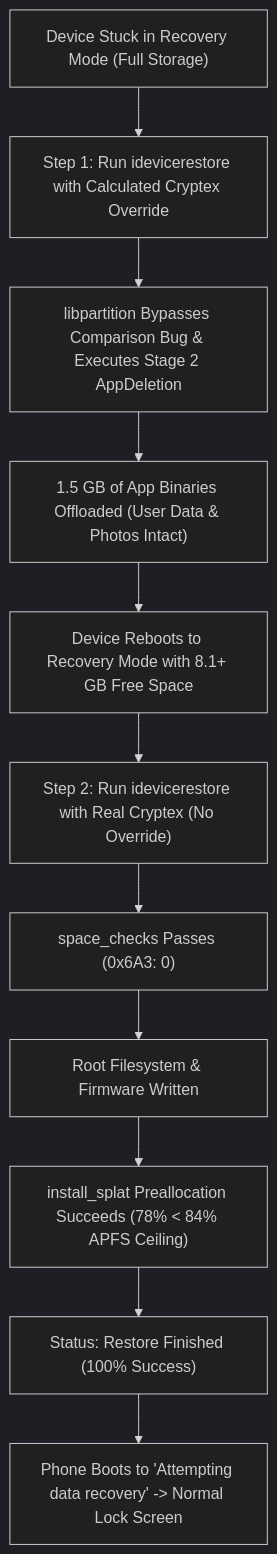
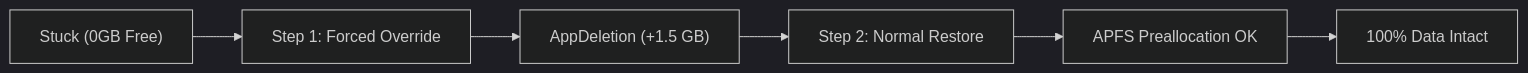
Before and after one commit to khosa76/iphone-full-storage-recovery: the diagram in README.md, drawn with Mermaid (dark theme). The commit also changed other lines of this file and 13 other files, not shown here.

Commit message:
docs: streamline Two-Step Recipe section with compact horizontal flowchart and summary table

````diff
--- a/README.md
+++ b/README.md
@@ -43,13 +43,8 @@
 ```mermaid
-flowchart TD
-    A["Device Stuck in Recovery Mode (Full Storage)"] --> B["Step 1: Run idevicerestore with Calculated Cryptex Override"]
-    B --> C["libpartition Bypasses Comparison Bug & Executes Stage 2 AppDeletion"]
-    C --> D["1.5 GB of App Binaries Offloaded (User Data & Photos Intact)"]
-    D --> E["Device Reboots to Recovery Mode with 8.1+ GB Free Space"]
-    E --> F["Step 2: Run idevicerestore with Real Cryptex (No Override)"]
-    F --> G["space_checks Passes (0x6A3: 0)"]
-    G --> H["Root Filesystem & Firmware Written"]
-    H --> I["install_splat Preallocation Succeeds (78% < 84% APFS Ceiling)"]
-    I --> J["Status: Restore Finished (100% Success)"]
-    J --> K["Phone Boots to 'Attempting data recovery' -> Normal Lock Screen"]
+flowchart LR
+    A["Stuck (0GB Free)"] --> B["Step 1: Forced Override"]
+    B --> C["AppDeletion (+1.5 GB)"]
+    C --> D["Step 2: Normal Restore"]
+    D --> E["APFS Preallocation OK"]
+    E --> F["100% Data Intact"]
 ```
````
